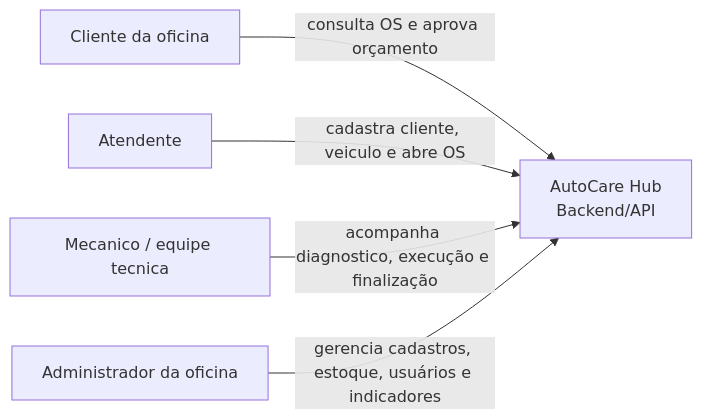
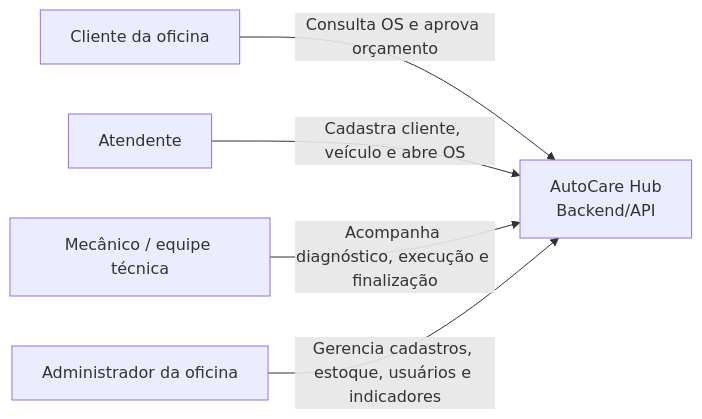
Before and after one commit to yxsbx/SOAT-FIAP: the third of 6 diagrams in docs/ARCHITECTURE.md, drawn with Mermaid. The commit also changed other lines of this file and 13 other files, not shown here.

````diff
--- a/docs/ARCHITECTURE.md
+++ b/docs/ARCHITECTURE.md
@@ -223,13 +225,13 @@
 ```mermaid
 flowchart LR
     Cliente["Cliente da oficina"]
     Atendente["Atendente"]
-    Mecanico["Mecanico / equipe tecnica"]
+    Mecanico["Mecânico / equipe técnica"]
     Admin["Administrador da oficina"]
     Sistema["AutoCare Hub\nBackend/API"]
 
-    Cliente -->|"consulta OS e aprova orçamento"| Sistema
-    Atendente -->|"cadastra cliente, veiculo e abre OS"| Sistema
-    Mecanico -->|"acompanha diagnostico, execução e finalização"| Sistema
-    Admin -->|"gerencia cadastros, estoque, usuários e indicadores"| Sistema
+    Cliente -->|"Consulta OS e aprova orçamento"| Sistema
+    Atendente -->|"Cadastra cliente, veículo e abre OS"| Sistema
+    Mecanico -->|"Acompanha diagnóstico, execução e finalização"| Sistema
+    Admin -->|"Gerencia cadastros, estoque, usuários e indicadores"| Sistema
 ```
````
